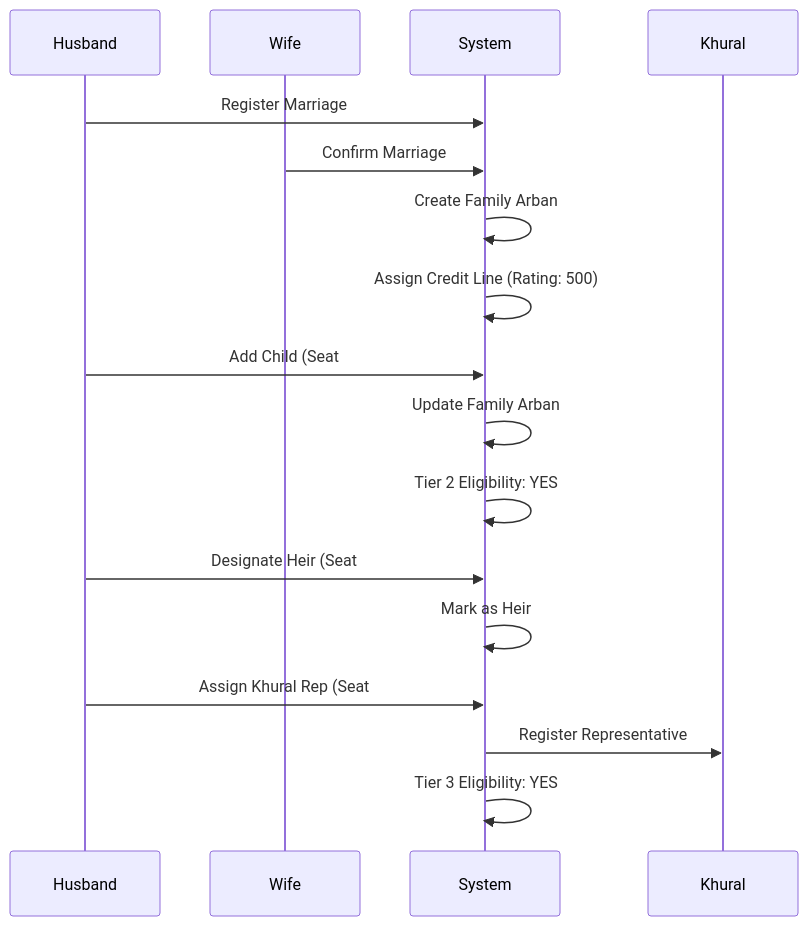
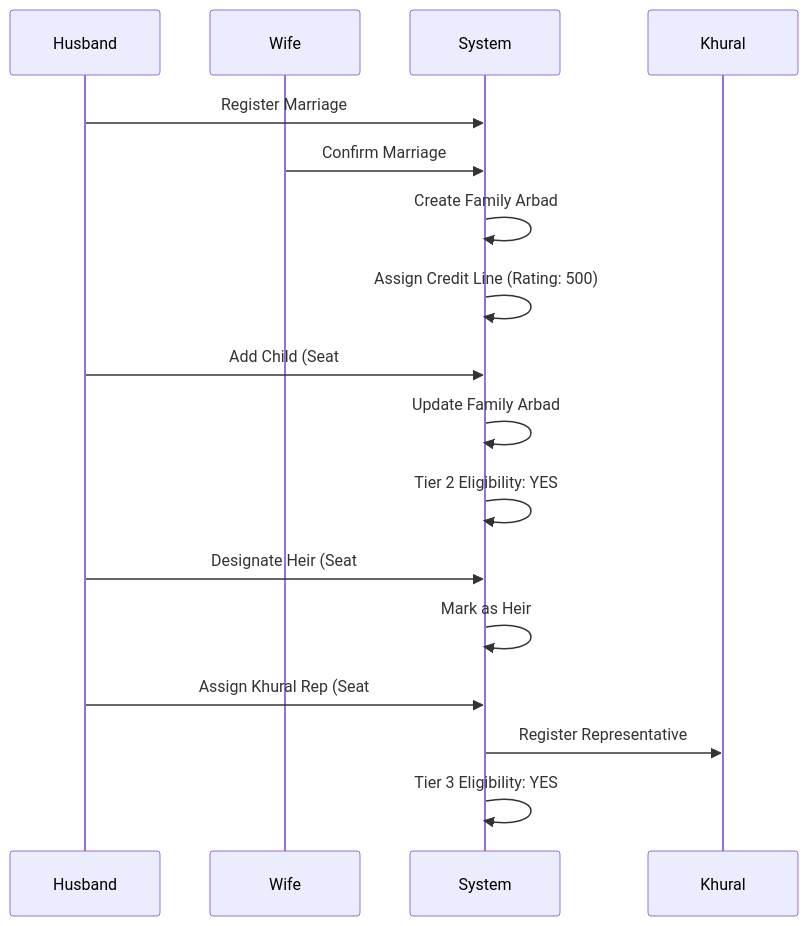
The second of 4 diagrams in docs/architecture/ARBAN_SYSTEM_GUIDE.md (Khongirad/INOMAD), drawn with Mermaid before and after one commit. The commit also changed other lines of this file and 217 other files, not shown here.

````diff
--- a/docs/architecture/ARBAN_SYSTEM_GUIDE.md
+++ b/docs/architecture/ARBAN_SYSTEM_GUIDE.md
@@ -131,23 +131,23 @@
 ```mermaid
 sequenceDiagram
     participant H as Husband
     participant W as Wife
     participant Sys as System
     participant K as Khural
     
     H->>Sys: Register Marriage
     W->>Sys: Confirm Marriage
-    Sys->>Sys: Create Family Arban #1
+    Sys->>Sys: Create Family Arbad #1
     Sys->>Sys: Assign Credit Line (Rating: 500)
     
     H->>Sys: Add Child (Seat #3)
-    Sys->>Sys: Update Family Arban
+    Sys->>Sys: Update Family Arbad
     Sys->>Sys: Tier 2 Eligibility: YES
     
     H->>Sys: Designate Heir (Seat #3)
     Sys->>Sys: Mark as Heir
     
     H->>Sys: Assign Khural Rep (Seat #1)
     Sys->>K: Register Representative
     Sys->>Sys: Tier 3 Eligibility: YES
 ```
````
